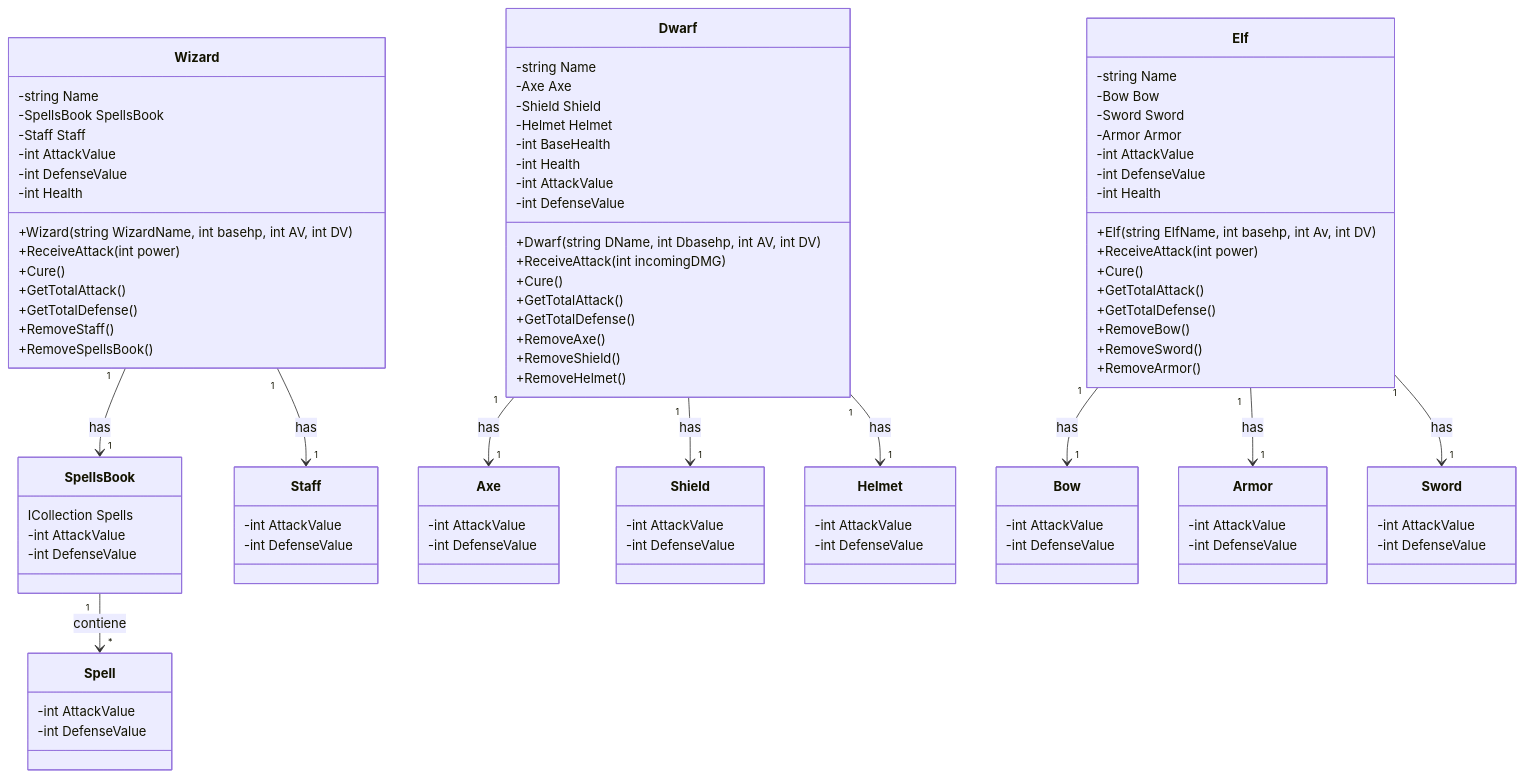
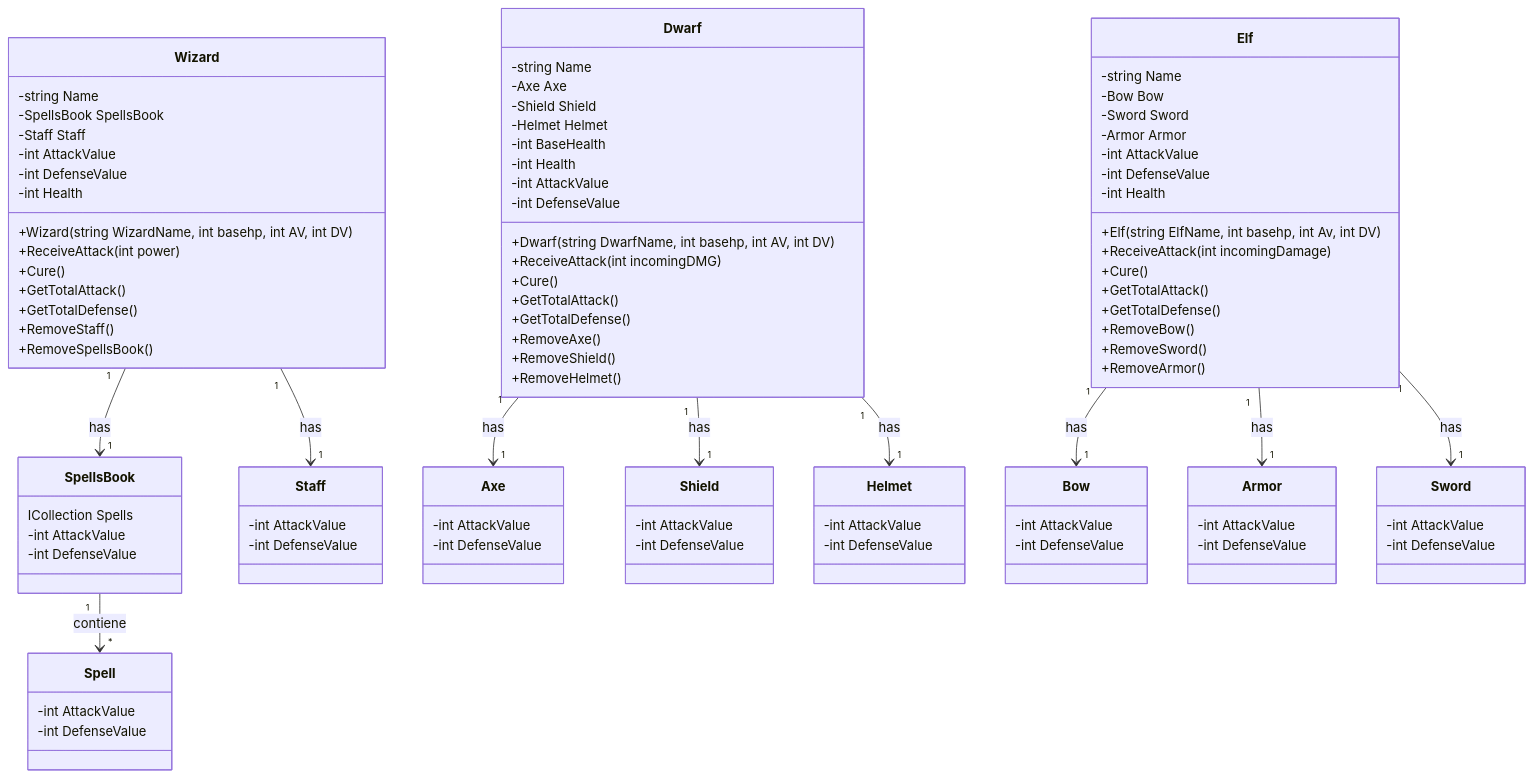
Before and after one commit to Franloc/PII_RoleplayGame_1_Start: the diagram in DIAGRAM.md, drawn with Mermaid.

Commit message:
Refactor constructor and method parameters in DIAGRAM.md

```diff
--- a/DIAGRAM.md
+++ b/DIAGRAM.md
@@ -52,7 +52,7 @@
       -int Health
       -int AttackValue
       -int DefenseValue
-      +Dwarf(string DName, int Dbasehp, int AV, int DV)
+      +Dwarf(string DwarfName, int basehp, int AV, int DV)
       +ReceiveAttack(int incomingDMG)
       +Cure()
       +GetTotalAttack()
@@ -72,7 +72,7 @@
       -int DefenseValue
       -int Health
       +Elf(string ElfName, int basehp, int Av, int DV)
-      +ReceiveAttack(int power)
+      +ReceiveAttack(int incomingDamage)
       +Cure()
       +GetTotalAttack()
       +GetTotalDefense()
```
